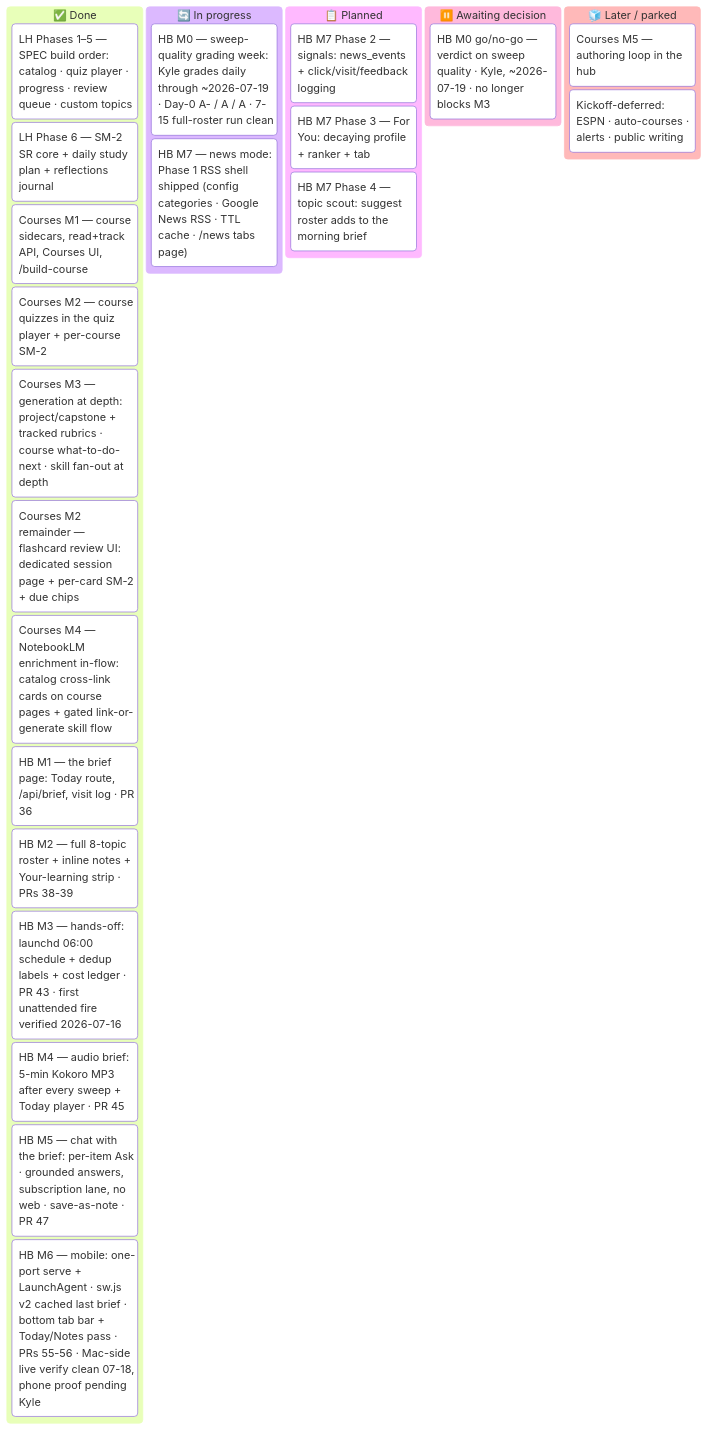
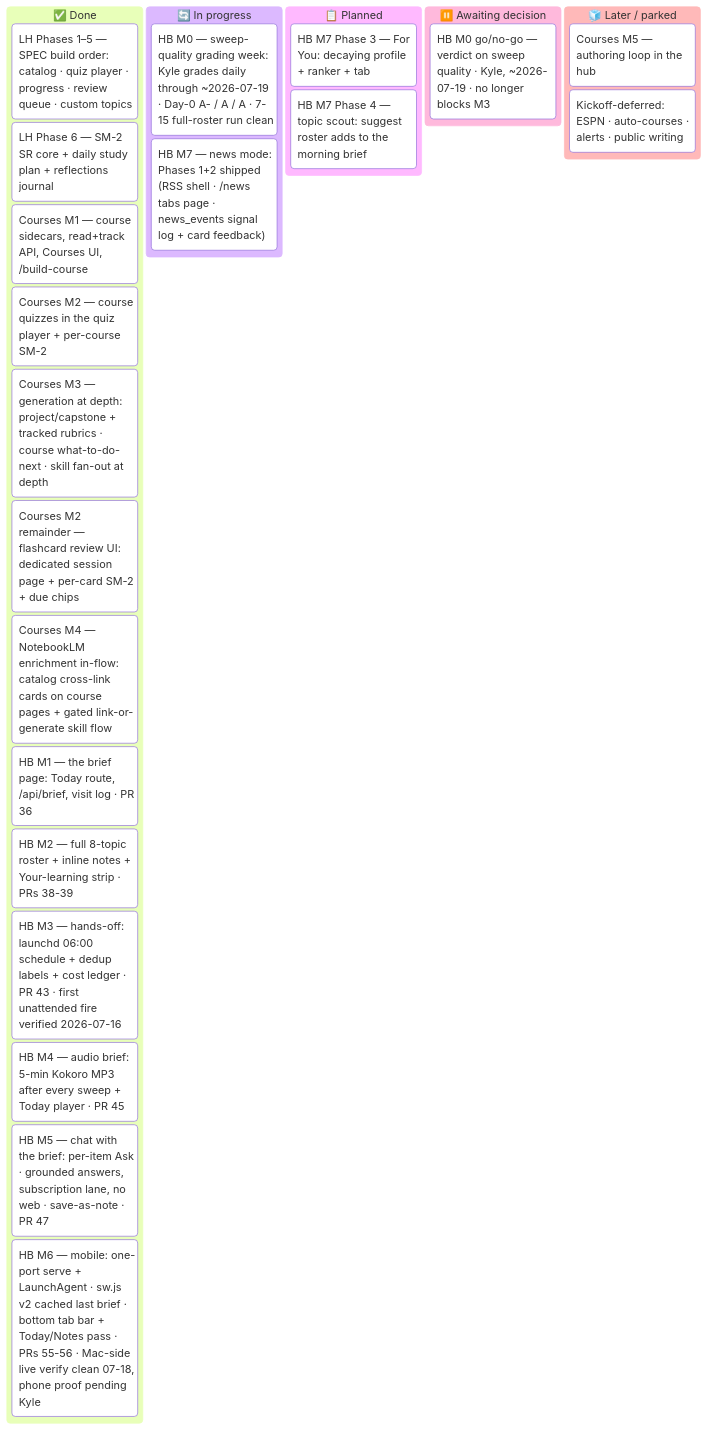
The diagram in docs/MASTER_PLAN.md (ksdisch/home-base), drawn with Mermaid before and after one commit. The commit also changed other lines of this file and 11 other files, not shown here.

First line of the commit message:
feat: M7 Phase 2 — news signals (news_events log + click/visit/feedback wiring)

````diff
--- a/docs/MASTER_PLAN.md
+++ b/docs/MASTER_PLAN.md
@@ -39,29 +39,28 @@
 ```mermaid
 kanban
   done["✅ Done"]
     lh15["LH Phases 1–5 — SPEC build order: catalog · quiz player · progress · review queue · custom topics"]
     lh6["LH Phase 6 — SM-2 SR core + daily study plan + reflections journal"]
     lh7["Courses M1 — course sidecars, read+track API, Courses UI, /build-course"]
     lh7m2["Courses M2 — course quizzes in the quiz player + per-course SM-2"]
     lh7m3["Courses M3 — generation at depth: project/capstone + tracked rubrics · course what-to-do-next · skill fan-out at depth"]
     lh7fc["Courses M2 remainder — flashcard review UI: dedicated session page + per-card SM-2 + due chips"]
     lh7m4["Courses M4 — NotebookLM enrichment in-flow: catalog cross-link cards on course pages + gated link-or-generate skill flow"]
     hbm1["HB M1 — the brief page: Today route, /api/brief, visit log · PR 36"]
     hbm2["HB M2 — full 8-topic roster + inline notes + Your-learning strip · PRs 38-39"]
     hbm3["HB M3 — hands-off: launchd 06:00 schedule + dedup labels + cost ledger · PR 43 · first unattended fire verified 2026-07-16"]
     hbm4["HB M4 — audio brief: 5-min Kokoro MP3 after every sweep + Today player · PR 45"]
     hbm5["HB M5 — chat with the brief: per-item Ask · grounded answers, subscription lane, no web · save-as-note · PR 47"]
     hbm6["HB M6 — mobile: one-port serve + LaunchAgent · sw.js v2 cached last brief · bottom tab bar + Today/Notes pass · PRs 55-56 · Mac-side live verify clean 07-18, phone proof pending Kyle"]
   doing["🔄 In progress"]
     hbm0["HB M0 — sweep-quality grading week: Kyle grades daily through ~2026-07-19 · Day-0 A- / A / A · 7-15 full-roster run clean"]
-    hbm7["HB M7 — news mode: Phase 1 RSS shell shipped (config categories · Google News RSS · TTL cache · /news tabs page)"]
+    hbm7["HB M7 — news mode: Phases 1+2 shipped (RSS shell · /news tabs page · news_events signal log + card feedback)"]
   next["📋 Planned"]
-    hbm7p2["HB M7 Phase 2 — signals: news_events + click/visit/feedback logging"]
     hbm7p3["HB M7 Phase 3 — For You: decaying profile + ranker + tab"]
     hbm7p4["HB M7 Phase 4 — topic scout: suggest roster adds to the morning brief"]
   decide["⏸️ Awaiting decision"]
     hbm0verdict["HB M0 go/no-go — verdict on sweep quality · Kyle, ~2026-07-19 · no longer blocks M3"]
   later["🧊 Later / parked"]
     cm5["Courses M5 — authoring loop in the hub"]
     defer["Kickoff-deferred: ESPN · auto-courses · alerts · public writing"]
 ```
````
